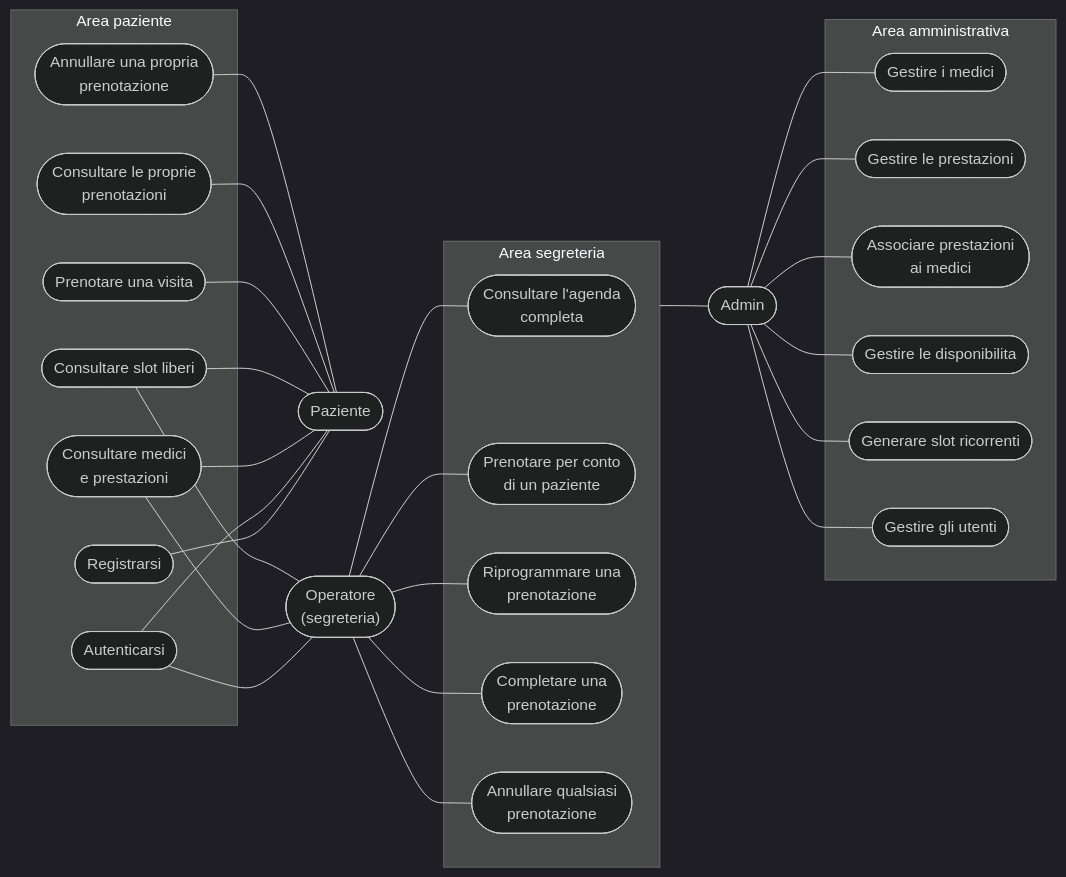
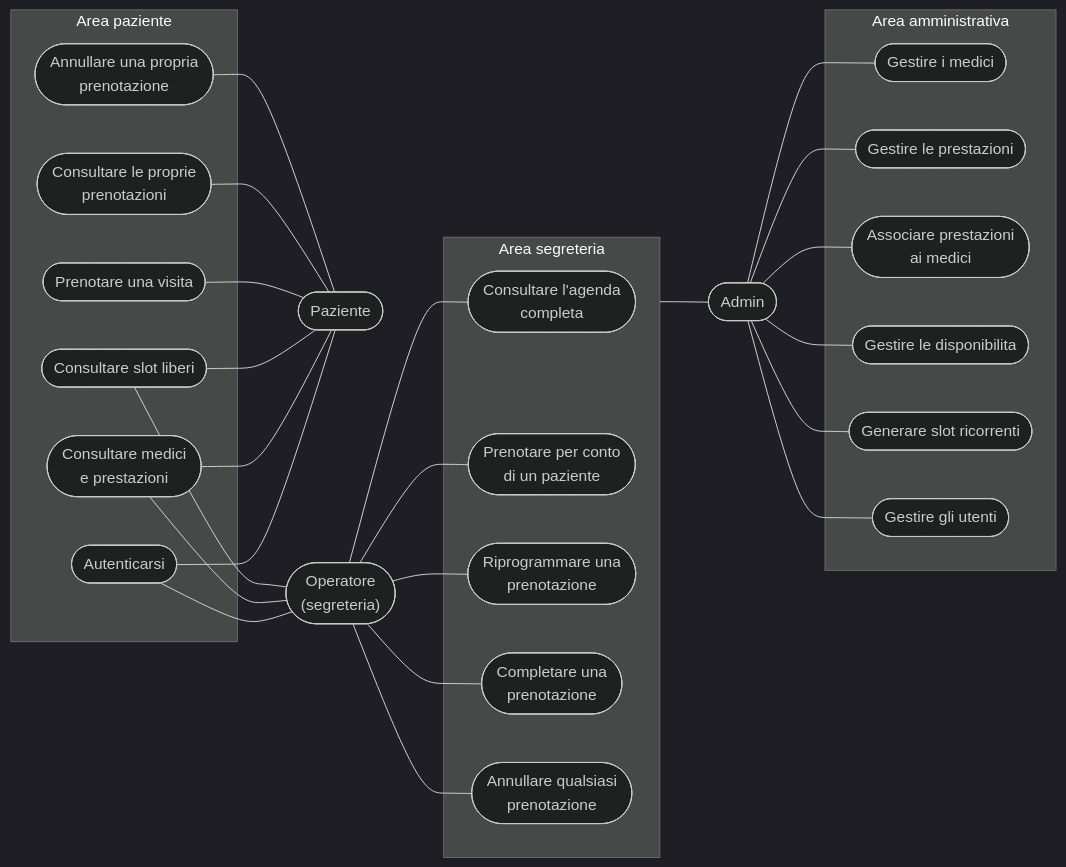
The diagram in poliambulatorio-prenotazioni/docs/casi-uso.md (giovannicarrino-2802/PW16), drawn with Mermaid (dark theme) before and after one commit. The commit also changed other lines of this file and 4 other files, not shown here.

````diff
--- a/poliambulatorio-prenotazioni/docs/casi-uso.md
+++ b/poliambulatorio-prenotazioni/docs/casi-uso.md
@@ -7,60 +7,58 @@
 ```mermaid
 flowchart LR
     PAZ(["Paziente"])
     OPE(["Operatore<br/>(segreteria)"])
     ADM(["Admin"])
 
     subgraph AREA_PAZ["Area paziente"]
-        UC1(["Registrarsi"])
         UC2(["Autenticarsi"])
         UC3(["Consultare medici<br/>e prestazioni"])
         UC4(["Consultare slot liberi"])
         UC5(["Prenotare una visita"])
         UC6(["Consultare le proprie<br/>prenotazioni"])
         UC7(["Annullare una propria<br/>prenotazione"])
     end
 
     subgraph AREA_OPE["Area segreteria"]
         UC8(["Consultare l'agenda<br/>completa"])
         UC9(["Prenotare per conto<br/>di un paziente"])
         UC10(["Riprogrammare una<br/>prenotazione"])
         UC11(["Completare una<br/>prenotazione"])
         UC12(["Annullare qualsiasi<br/>prenotazione"])
     end
 
     subgraph AREA_ADM["Area amministrativa"]
         UC13(["Gestire i medici"])
         UC14(["Gestire le prestazioni"])
         UC15(["Associare prestazioni<br/>ai medici"])
         UC16(["Gestire le disponibilita"])
         UC17(["Generare slot ricorrenti"])
         UC18(["Gestire gli utenti"])
     end
 
-    UC1 --- PAZ
     UC2 --- PAZ
     UC3 --- PAZ
     UC4 --- PAZ
     UC5 --- PAZ
     UC6 --- PAZ
     UC7 --- PAZ
 
     UC2 --- OPE
     UC3 --- OPE
     UC4 --- OPE
 
     OPE --- UC8
     OPE --- UC9
     OPE --- UC10
     OPE --- UC11
     OPE --- UC12
 
     AREA_OPE --- ADM
     
     ADM --- UC13
     ADM --- UC14
     ADM --- UC15
     ADM --- UC16
     ADM --- UC17
     ADM --- UC18
 ```
````
